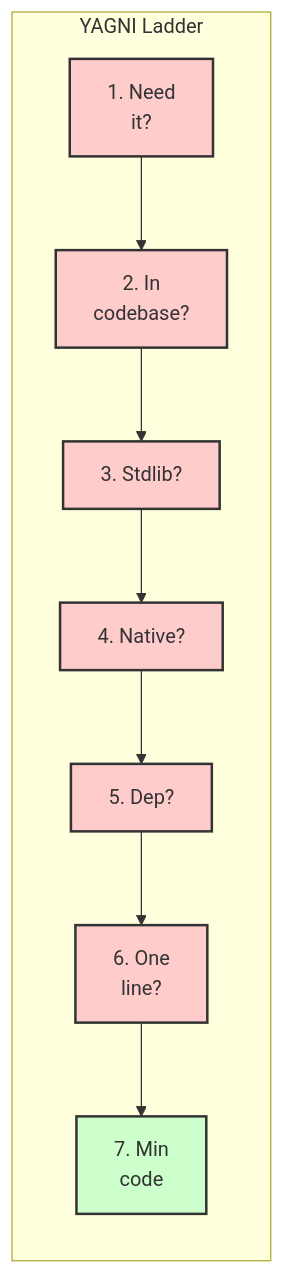
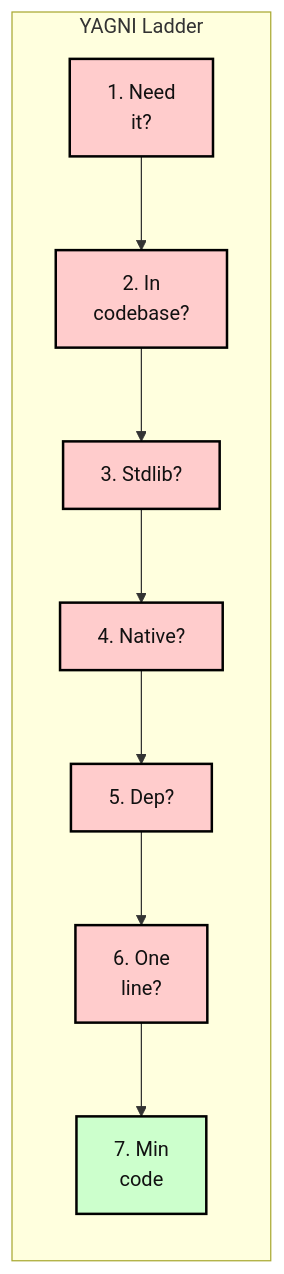
Before and after one commit to z99wE/tokenomics-plugin: the second of 3 diagrams in README.md, drawn with Mermaid. The commit also changed other lines of this file, not shown here.

First line of the commit message:
v2.3.10: Fix Mermaid diagram text readability - dark text colors

````diff
--- a/README.md
+++ b/README.md
@@ -99,19 +99,19 @@
 ```mermaid
 graph LR
     subgraph YAGNI ["YAGNI Ladder"]
         1[1. Need<br/>it?] --> 2[2. In<br/>codebase?]
         2 --> 3[3. Stdlib?]
         3 --> 4[4. Native?]
         4 --> 5[5. Dep?]
         5 --> 6[6. One<br/>line?]
         6 --> 7[7. Min<br/>code]
     end
 
-    style 1 fill:#ffcccc,stroke:#333,stroke-width:2px
-    style 2 fill:#ffcccc,stroke:#333,stroke-width:2px
-    style 3 fill:#ffcccc,stroke:#333,stroke-width:2px
-    style 4 fill:#ffcccc,stroke:#333,stroke-width:2px
-    style 5 fill:#ffcccc,stroke:#333,stroke-width:2px
-    style 6 fill:#ffcccc,stroke:#333,stroke-width:2px
-    style 7 fill:#ccffcc,stroke:#333,stroke-width:2px
+    style 1 fill:#ffcccc,stroke:#000,stroke-width:2px,color:#111
+    style 2 fill:#ffcccc,stroke:#000,stroke-width:2px,color:#111
+    style 3 fill:#ffcccc,stroke:#000,stroke-width:2px,color:#111
+    style 4 fill:#ffcccc,stroke:#000,stroke-width:2px,color:#111
+    style 5 fill:#ffcccc,stroke:#000,stroke-width:2px,color:#111
+    style 6 fill:#ffcccc,stroke:#000,stroke-width:2px,color:#111
+    style 7 fill:#ccffcc,stroke:#000,stroke-width:2px,color:#111
 ```
````
